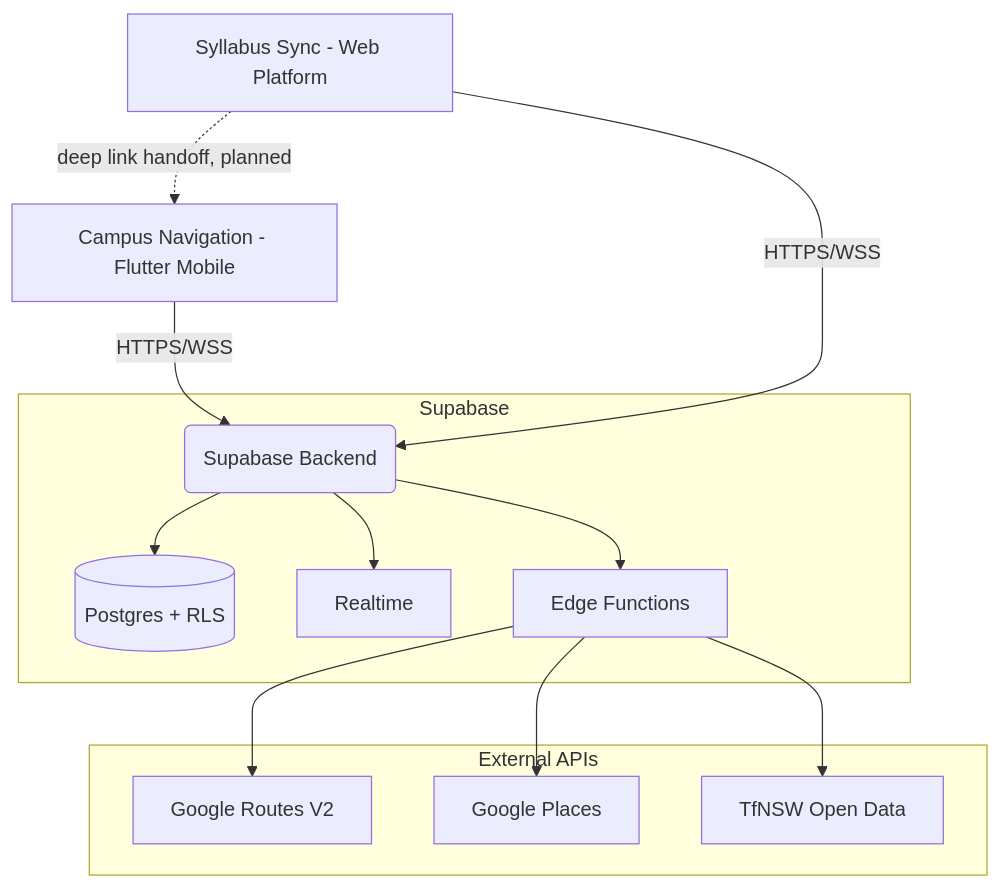
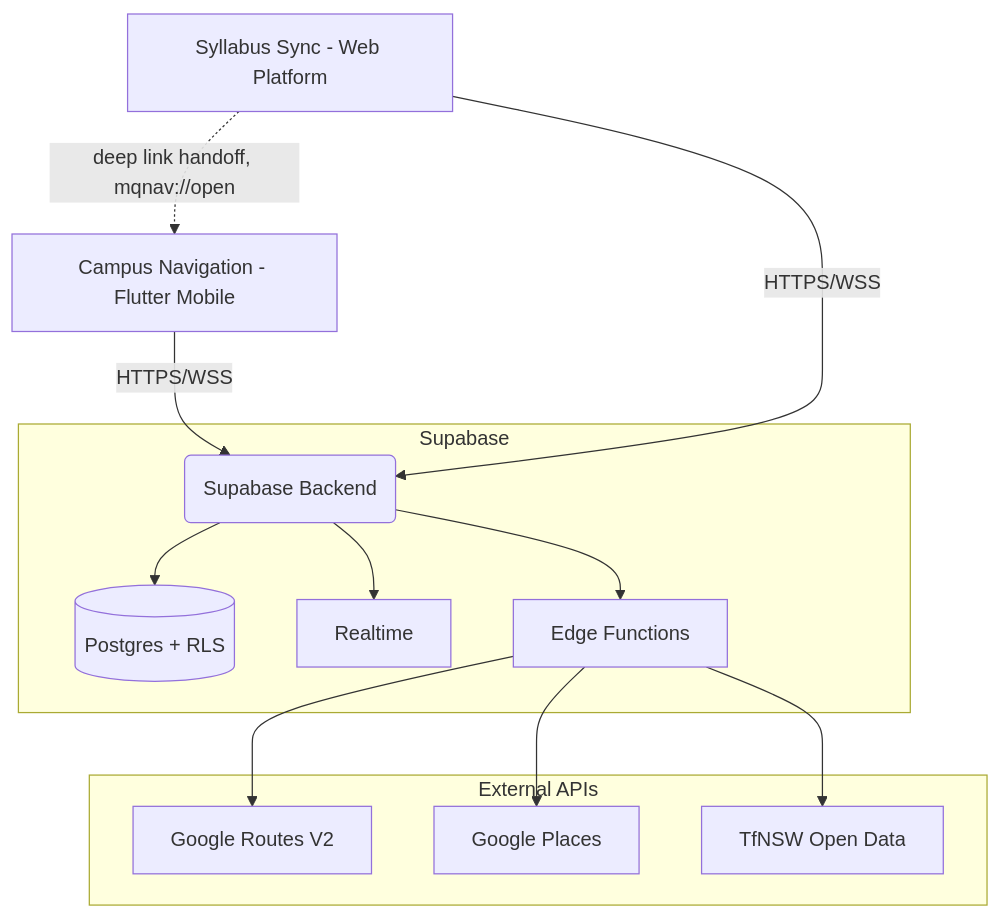
One commit to leoalavi/campus-navigation changed the diagram in README.md. Above: the diagram before and after it, drawn with Mermaid. The commit also changed other lines of this file and 13 other files, not shown here.

````diff
--- a/README.md
+++ b/README.md
@@ -173,18 +172,18 @@
 ```mermaid
 graph TD
     A[Campus Navigation - Flutter Mobile] -->|HTTPS/WSS| B(Supabase Backend)
     S[Syllabus Sync - Web Platform] -->|HTTPS/WSS| B
-    S -.->|deep link handoff, planned| A
+    S -.->|deep link handoff, mqnav://open| A
 
     subgraph "Supabase"
         B --> D[(Postgres + RLS)]
         B --> E[Realtime]
         B --> F[Edge Functions]
     end
 
     subgraph "External APIs"
         F --> G[Google Routes V2]
         F --> H[Google Places]
         F --> I[TfNSW Open Data]
     end
 ```
````
